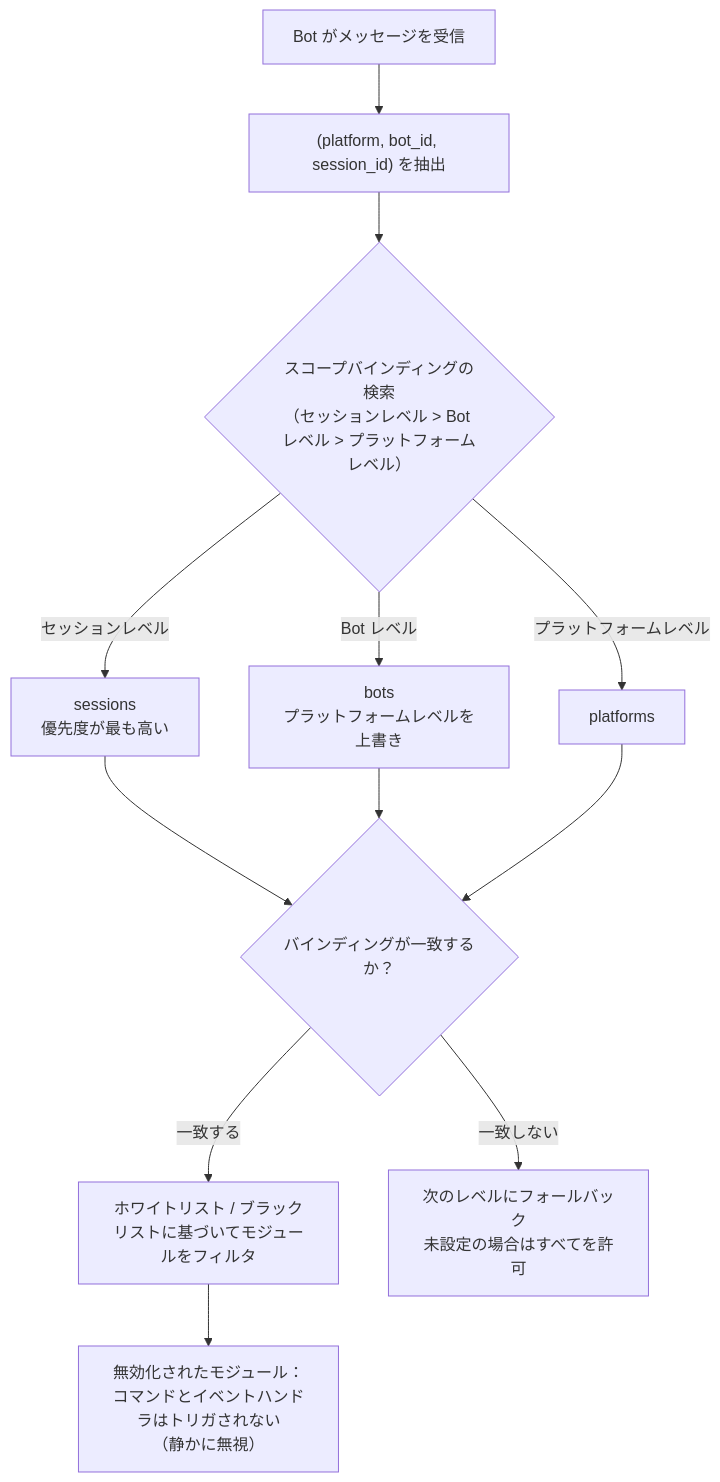
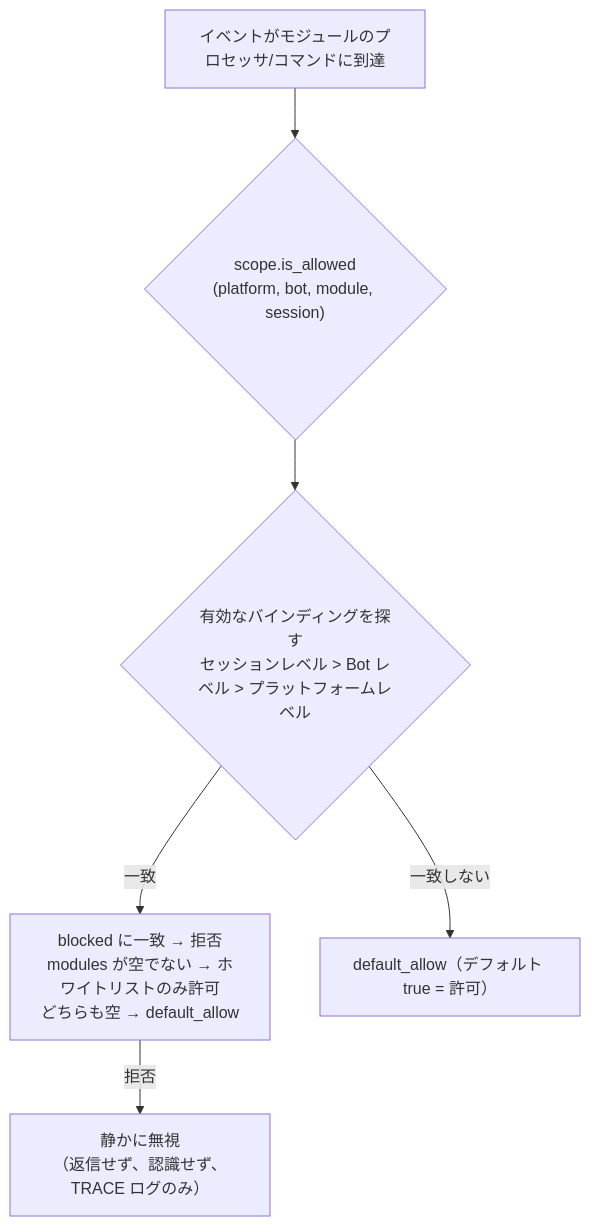
One commit to ErisPulse/ErisPulse changed the diagram in docs/ja/advanced/scope.md. Above: the diagram before and after it, drawn with Mermaid. The commit also changed other lines of this file and 299 other files, not shown here.

````diff
--- a/docs/ja/advanced/scope.md
+++ b/docs/ja/advanced/scope.md
@@ -20,12 +99,8 @@
 ```mermaid
 flowchart TD
-    A["Bot がメッセージを受信"] --> B["(platform, bot_id, session_id) を抽出"]
-    B --> C{"スコープバインディングの検索<br/>（セッションレベル > Bot レベル > プラットフォームレベル）"}
-    C -->|"セッションレベル"| D["sessions<br/>優先度が最も高い"]
-    C -->|"Bot レベル"| E["bots<br/>プラットフォームレベルを上書き"]
-    C -->|"プラットフォームレベル"| F["platforms"]
-    D & E & F --> G{"バインディングが一致するか？"}
-    G -->|"一致する"| H["ホワイトリスト / ブラックリストに基づいてモジュールをフィルタ"]
-    G -->|"一致しない"| I["次のレベルにフォールバック<br/>未設定の場合はすべてを許可"]
-    H --> J["無効化されたモジュール：コマンドとイベントハンドラはトリガされない<br/>（静かに無視）"]
+    A["イベントがモジュールのプロセッサ/コマンドに到達"] --> B{"scope.is_allowed<br/>(platform, bot, module, session)"}
+    B --> C{"有効なバインディングを探す<br/>セッションレベル > Bot レベル > プラットフォームレベル"}
+    C -->|"一致"| D["blocked に一致 → 拒否<br/>modules が空でない → ホワイトリストのみ許可<br/>どちらも空 → default_allow"]
+    C -->|"一致しない"| E["default_allow（デフォルト true = 許可）"]
+    D -->|"拒否"| Z["静かに無視<br/>（返信せず、認識せず、TRACE ログのみ）"]
 ```
````
